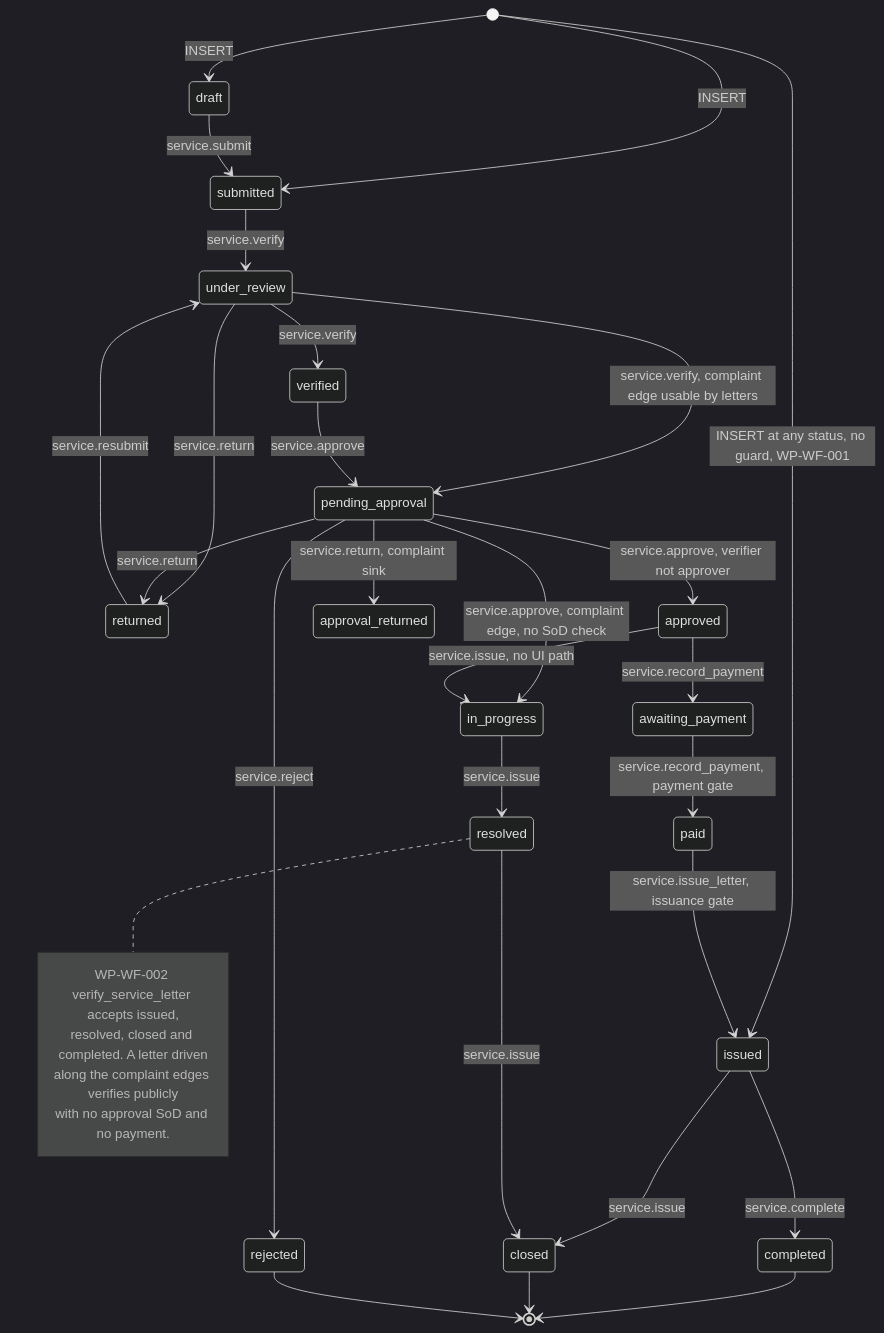
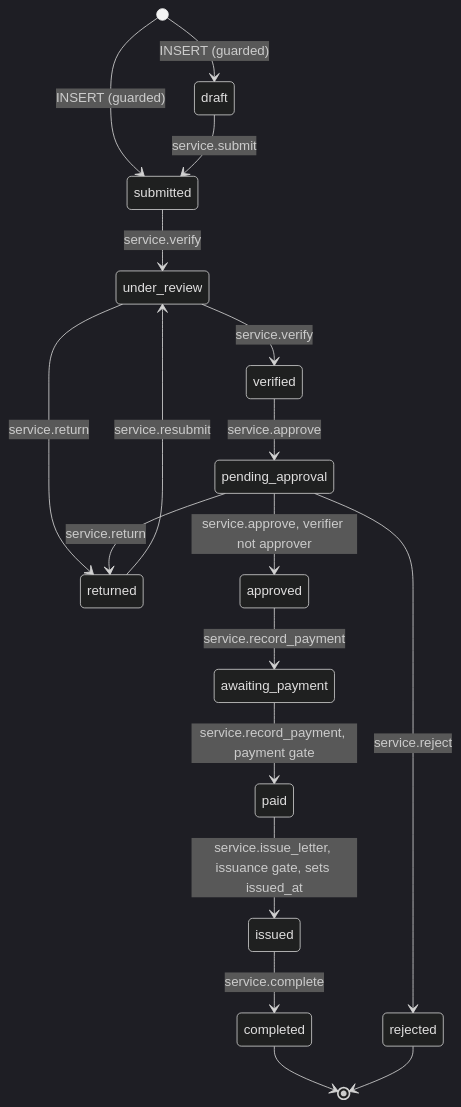
Before and after one commit to eskabdi/woredas-portal: the fourth of 9 diagrams in docs/audit/2026-09-24/architecture/workflows.md, drawn with Mermaid (dark theme). The commit also changed other lines of this file and 5 other files, not shown here.

````diff
--- a/docs/audit/2026-09-24/architecture/workflows.md
+++ b/docs/audit/2026-09-24/architecture/workflows.md
@@ -135,35 +147,20 @@
 ```mermaid
 stateDiagram-v2
-    [*] --> draft : INSERT
-    [*] --> submitted : INSERT
-    [*] --> issued : INSERT at any status, no guard, WP-WF-001
+    [*] --> draft : INSERT (guarded)
+    [*] --> submitted : INSERT (guarded)
     draft --> submitted : service.submit
     submitted --> under_review : service.verify
     under_review --> verified : service.verify
-    under_review --> pending_approval : service.verify, complaint edge usable by letters
     under_review --> returned : service.return
     returned --> under_review : service.resubmit
     verified --> pending_approval : service.approve
     pending_approval --> approved : service.approve, verifier not approver
-    pending_approval --> in_progress : service.approve, complaint edge, no SoD check
     pending_approval --> returned : service.return
-    pending_approval --> approval_returned : service.return, complaint sink
     pending_approval --> rejected : service.reject
     approved --> awaiting_payment : service.record_payment
-    approved --> in_progress : service.issue, no UI path
     awaiting_payment --> paid : service.record_payment, payment gate
-    paid --> issued : service.issue_letter, issuance gate
+    paid --> issued : service.issue_letter, issuance gate, sets issued_at
     issued --> completed : service.complete
-    issued --> closed : service.issue
-    in_progress --> resolved : service.issue
-    resolved --> closed : service.issue
     completed --> [*]
-    closed --> [*]
     rejected --> [*]
-    note right of resolved
-      WP-WF-002 verify_service_letter accepts issued,
-      resolved, closed and completed. A letter driven
-      along the complaint edges verifies publicly
-      with no approval SoD and no payment.
-    end note
 ```
````
